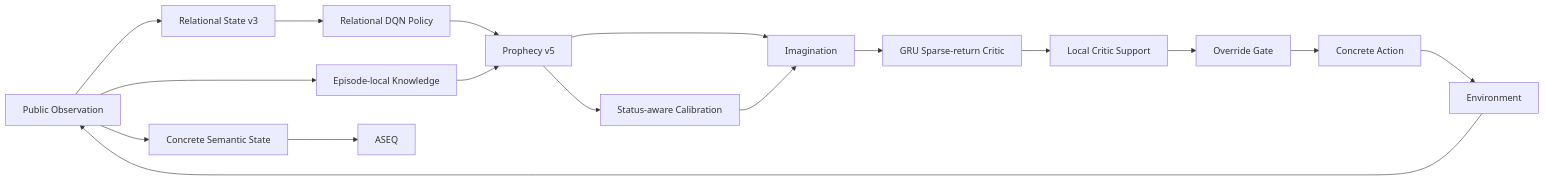
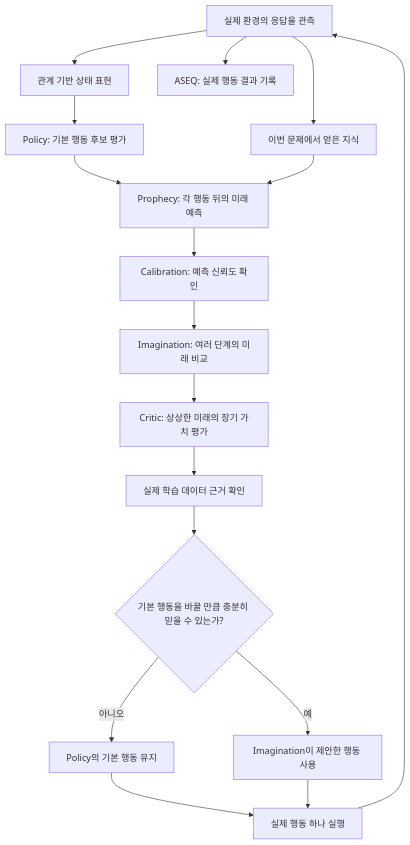
The diagram in wiki/Home.md (aether0xff-afk/AASSR), drawn with Mermaid before and after one commit. The commit also changed other lines of this file, not shown here.

````diff
--- a/wiki/Home.md
+++ b/wiki/Home.md
@@ -58,24 +136,24 @@
 ```mermaid
-flowchart LR
-    O[Public Observation] --> RS[Relational State v3]
-    O --> CS[Concrete Semantic State]
-    O --> K[Episode-local Knowledge]
+flowchart TD
+    O[실제 환경의 응답을 관측] --> R[관계 기반 상태 표현]
+    O --> K[이번 문제에서 얻은 지식]
+    O --> A[ASEQ: 실제 행동 결과 기록]
 
-    RS --> P[Relational DQN Policy]
-    CS --> A[ASEQ]
-
-    P --> W[Prophecy v5]
+    R --> P[Policy: 기본 행동 후보 평가]
+    P --> W[Prophecy: 각 행동 뒤의 미래 예측]
     K --> W
 
-    W --> CAL[Status-aware Calibration]
-    W --> I[Imagination]
-    CAL --> I
+    W --> C[Calibration: 예측 신뢰도 확인]
+    C --> I[Imagination: 여러 단계의 미래 비교]
 
-    I --> C[GRU Sparse-return Critic]
-    C --> S[Local Critic Support]
-    S --> G[Override Gate]
+    I --> V[Critic: 상상한 미래의 장기 가치 평가]
+    V --> S[실제 학습 데이터 근거 확인]
 
-    G --> ACT[Concrete Action]
-    ACT --> E[Environment]
+    S --> G{기본 행동을 바꿀 만큼 충분히 믿을 수 있는가?}
+    G -- 아니오 --> B[Policy의 기본 행동 유지]
+    G -- 예 --> N[Imagination이 제안한 행동 사용]
+
+    B --> E[실제 행동 하나 실행]
+    N --> E
     E --> O
 ```
````
